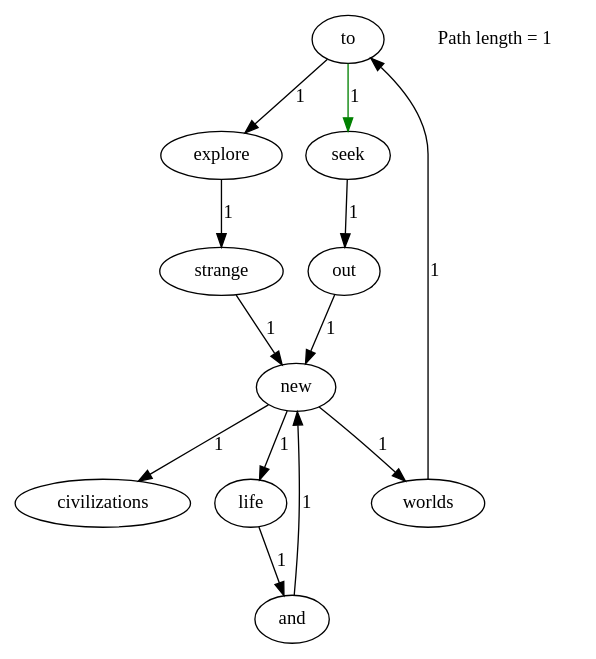
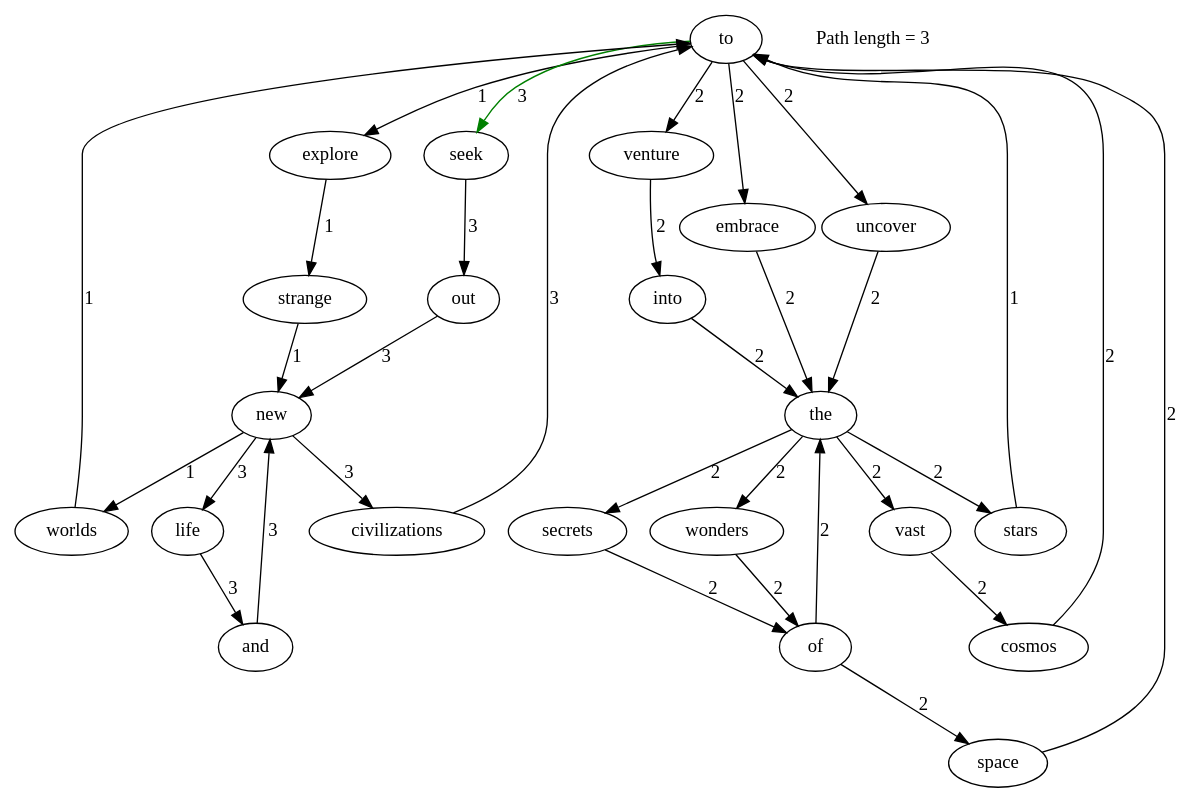
Before and after one commit to vic-yichen/Lab1-2021110640: the diagram in out/text/shortest_path_to_to_seek.dot, drawn with Graphviz. The commit also changed 22 other files, not shown here.

```diff
--- a/out/text/shortest_path_to_to_seek.dot
+++ b/out/text/shortest_path_to_to_seek.dot
@@ -1,16 +1,36 @@
 digraph G {
     "to" [root=true];
     "new" -> "worlds" [label="1"];
-    "new" -> "civilizations" [label="1"];
-    "new" -> "life" [label="1"];
+    "new" -> "civilizations" [label="3"];
+    "new" -> "life" [label="3"];
     "worlds" -> "to" [label="1"];
     "explore" -> "strange" [label="1"];
-    "and" -> "new" [label="1"];
+    "embrace" -> "the" [label="2"];
+    "cosmos" -> "to" [label="2"];
+    "uncover" -> "the" [label="2"];
+    "stars" -> "to" [label="1"];
+    "seek" -> "out" [label="3"];
+    "secrets" -> "of" [label="2"];
+    "strange" -> "new" [label="1"];
+    "life" -> "and" [label="3"];
+    "venture" -> "into" [label="2"];
+    "space" -> "to" [label="2"];
+    "out" -> "new" [label="3"];
+    "the" -> "wonders" [label="2"];
+    "the" -> "vast" [label="2"];
+    "the" -> "stars" [label="2"];
+    "the" -> "secrets" [label="2"];
+    "into" -> "the" [label="2"];
+    "wonders" -> "of" [label="2"];
+    "and" -> "new" [label="3"];
+    "of" -> "the" [label="2"];
+    "of" -> "space" [label="2"];
     "to" -> "explore" [label="1"];
-    "to" -> "seek" [label="1", color="green"];
-    "seek" -> "out" [label="1"];
-    "strange" -> "new" [label="1"];
-    "life" -> "and" [label="1"];
-    "out" -> "new" [label="1"];
-    "Path length = 1" [label="Path length = 1", color="black", shape=none];
+    "to" -> "embrace" [label="2"];
+    "to" -> "uncover" [label="2"];
+    "to" -> "seek" [label="3", color="green"];
+    "to" -> "venture" [label="2"];
+    "vast" -> "cosmos" [label="2"];
+    "civilizations" -> "to" [label="3"];
+    "Path length = 3" [label="Path length = 3", color="black", shape=none];
 }
```
